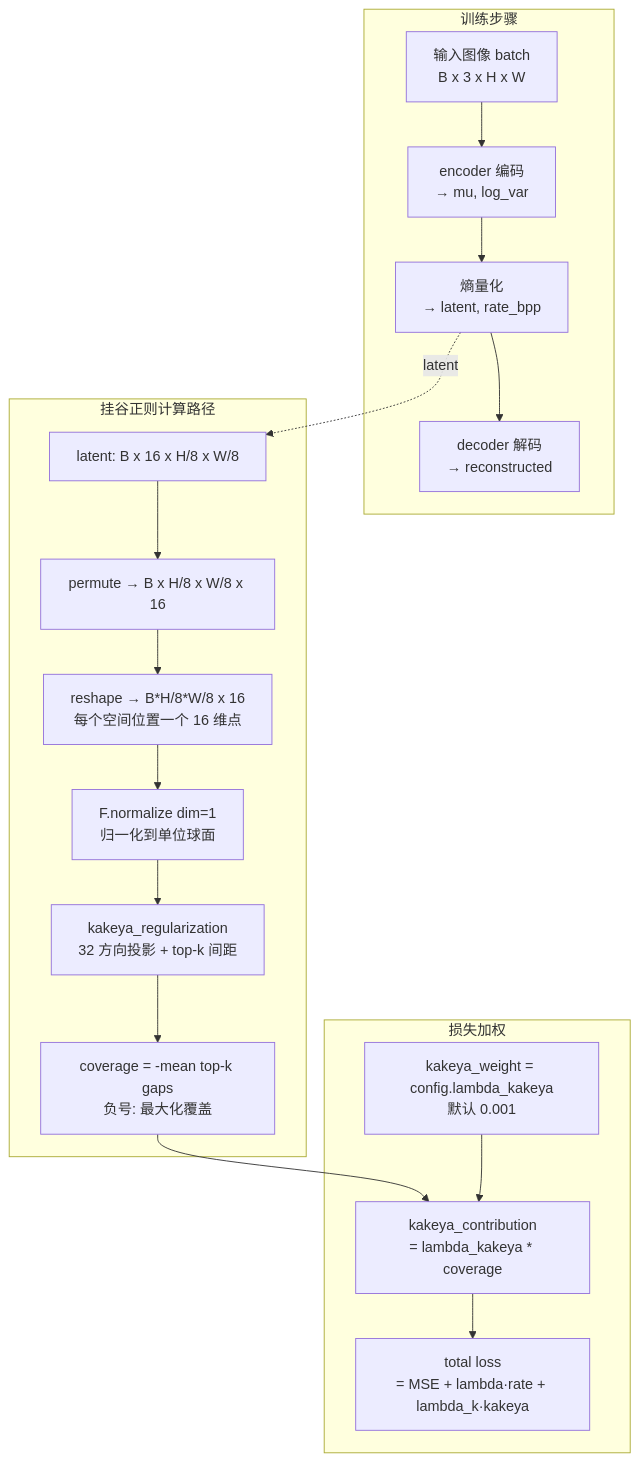
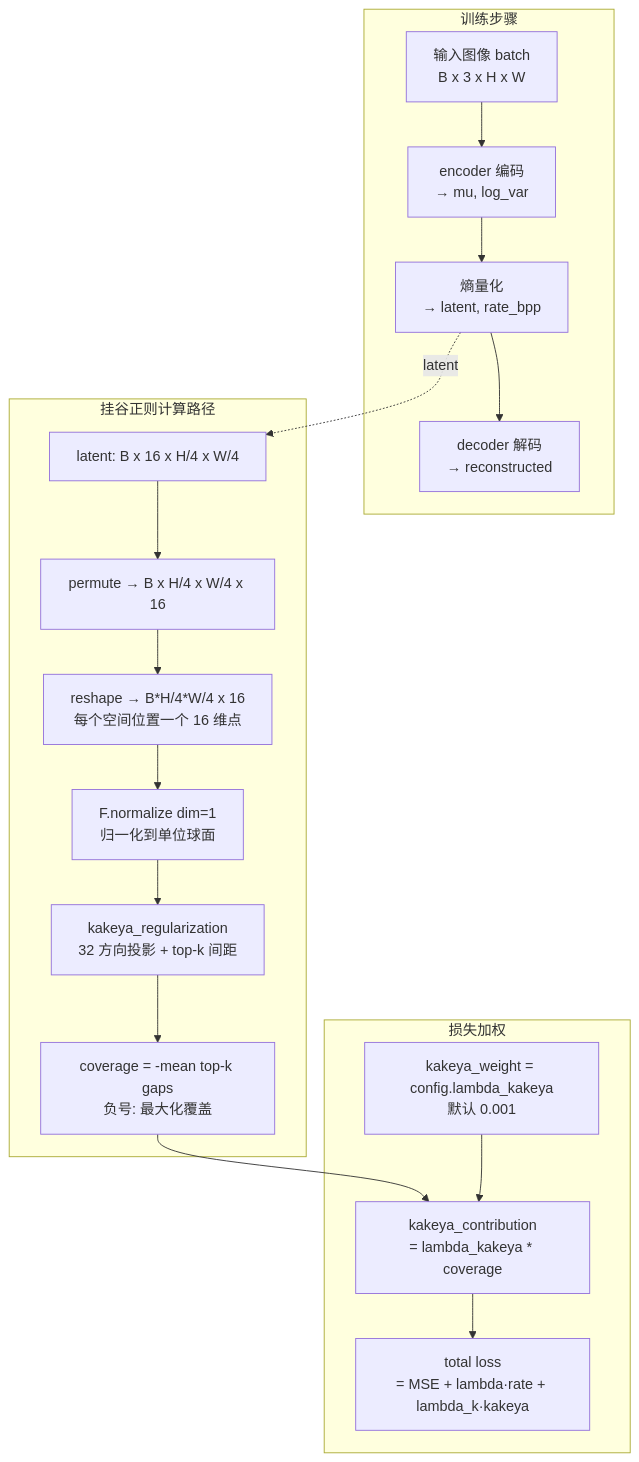
The third of 17 diagrams in docs/architecture.md (novvoo/kakeya-vae), drawn with Mermaid before and after one commit. The commit also changed other lines of this file and 5 other files, not shown here.

````diff
--- a/docs/architecture.md
+++ b/docs/architecture.md
@@ -102,40 +102,40 @@
 ```mermaid
 graph TD
     subgraph 训练步骤
         IMG[输入图像 batch<br/>B x 3 x H x W]
         ENC[encoder 编码<br/>→ mu, log_var]
         QUANT[熵量化<br/>→ latent, rate_bpp]
         DEC[decoder 解码<br/>→ reconstructed]
 
         IMG --> ENC
         ENC --> QUANT
         QUANT --> DEC
     end
 
     subgraph 挂谷正则计算路径
-        L1[latent: B x 16 x H/8 x W/8]
-        L2[permute → B x H/8 x W/8 x 16]
-        L3[reshape → B*H/8*W/8 x 16<br/>每个空间位置一个 16 维点]
+        L1[latent: B x 16 x H/4 x W/4]
+        L2[permute → B x H/4 x W/4 x 16]
+        L3[reshape → B*H/4*W/4 x 16<br/>每个空间位置一个 16 维点]
         L4[F.normalize dim=1<br/>归一化到单位球面]
         L5[kakeya_regularization<br/>32 方向投影 + top-k 间距]
         L6[coverage = -mean top-k gaps<br/>负号: 最大化覆盖]
 
         L1 --> L2
         L2 --> L3
         L3 --> L4
         L4 --> L5
         L5 --> L6
     end
 
     QUANT -.->|latent| L1
 
     subgraph 损失加权
         KW[kakeya_weight = config.lambda_kakeya<br/>默认 0.001]
         KC[kakeya_contribution<br/>= lambda_kakeya * coverage]
         TOTAL[total loss<br/>= MSE + lambda·rate + lambda_k·kakeya]
 
         L6 --> KC
         KW --> KC
         KC --> TOTAL
     end
 ```
````
